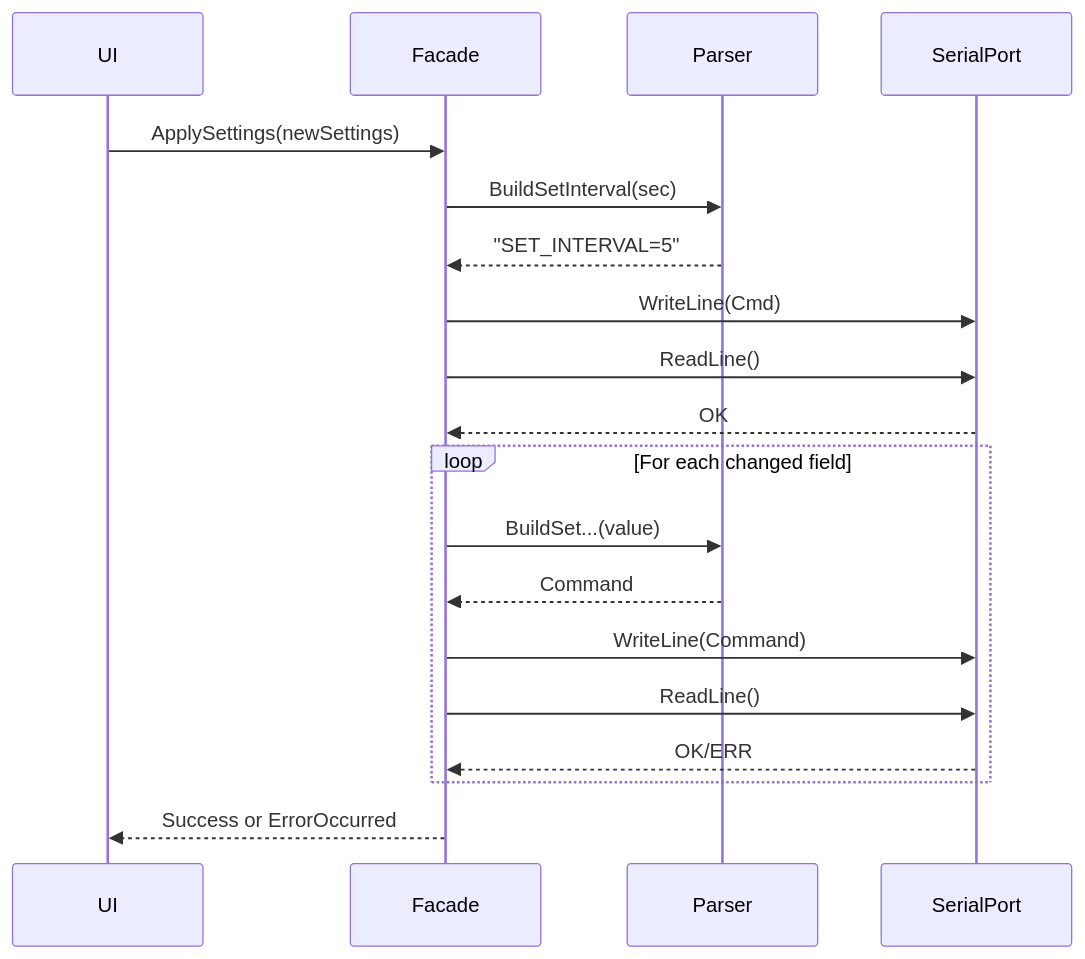
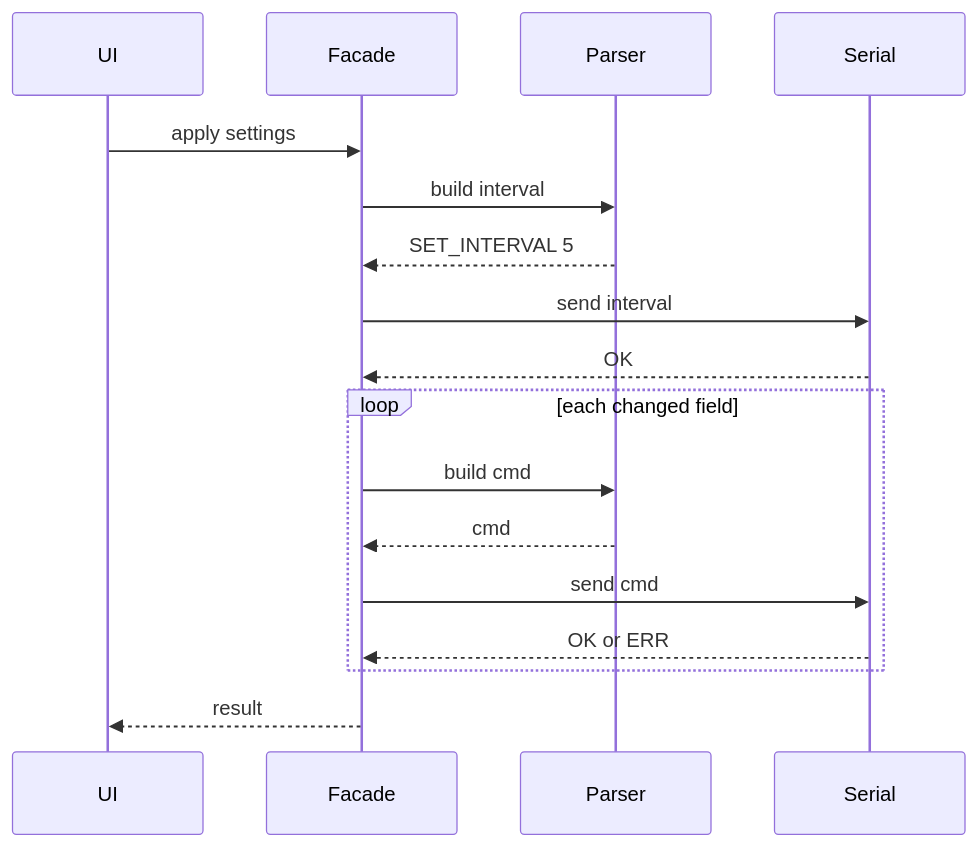
Before and after one commit to Kengo-Nakajima-Nor/GitHubVCopilotTeaching: the fifth of 7 diagrams in DeviceLogManager_仕様書_FullMermaid.md, drawn with Mermaid. The commit also changed other lines of this file, not shown here.

````diff
--- a/DeviceLogManager_仕様書_FullMermaid.md
+++ b/DeviceLogManager_仕様書_FullMermaid.md
@@ -216,21 +234,19 @@
 ```mermaid
 sequenceDiagram
-  participant UI as UI
+  participant U as UI
   participant F as Facade
   participant P as Parser
-  participant S as SerialPort
-  UI->>F: ApplySettings(newSettings)
-  F->>P: BuildSetInterval(sec)
-  P-->>F: "SET_INTERVAL=5"
-  F->>S: WriteLine(Cmd)
-  F->>S: ReadLine()
+  participant S as Serial
+  U->>F: apply settings
+  F->>P: build interval
+  P-->>F: SET_INTERVAL 5
+  F->>S: send interval
   S-->>F: OK
-  loop For each changed field
-    F->>P: BuildSet...(value)
-    P-->>F: Command
-    F->>S: WriteLine(Command)
-    F->>S: ReadLine()
-    S-->>F: OK/ERR
+  loop each changed field
+    F->>P: build cmd
+    P-->>F: cmd
+    F->>S: send cmd
+    S-->>F: OK or ERR
   end
-  F-->>UI: Success or ErrorOccurred
+  F-->>U: result
 ```
````
